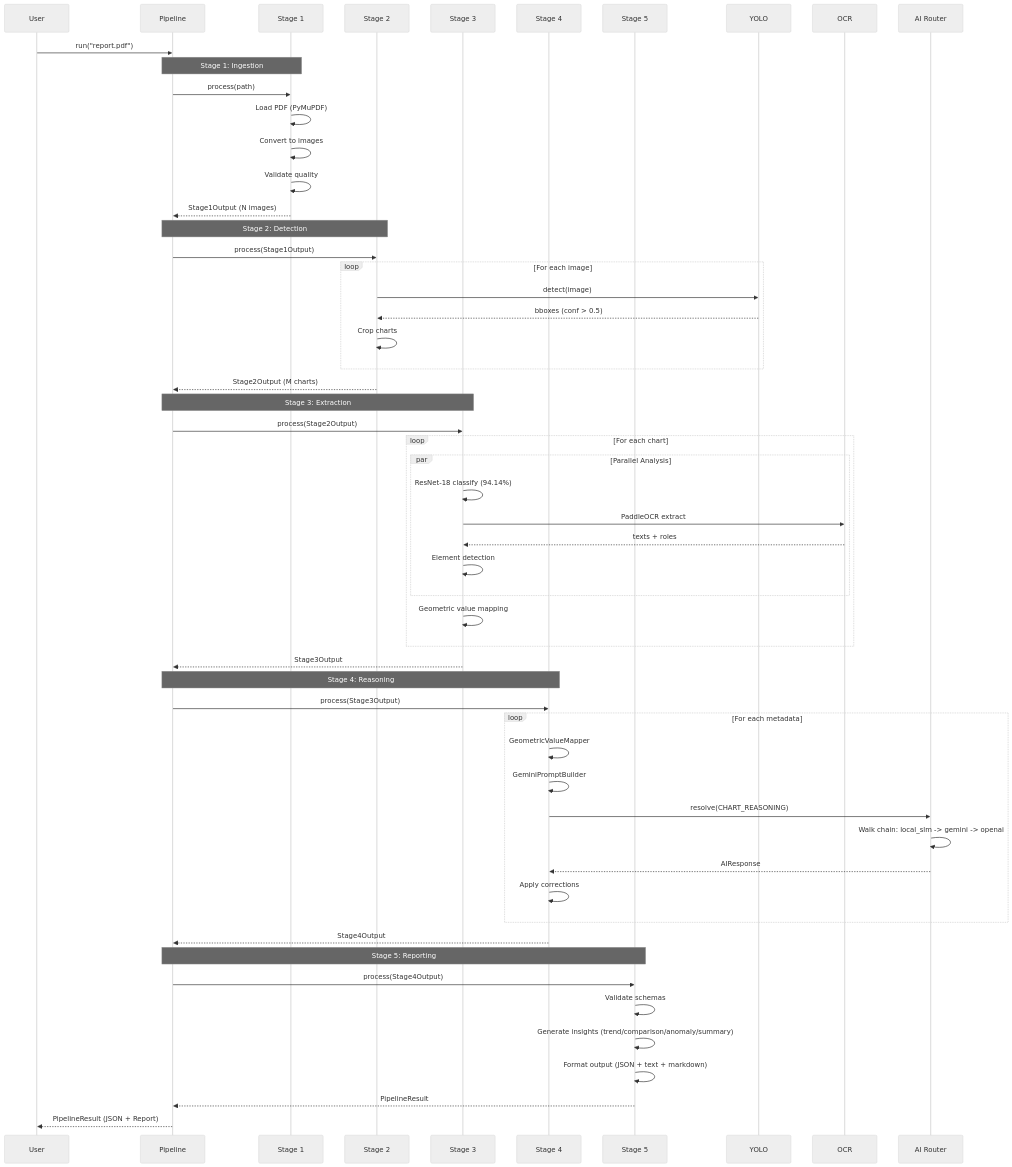
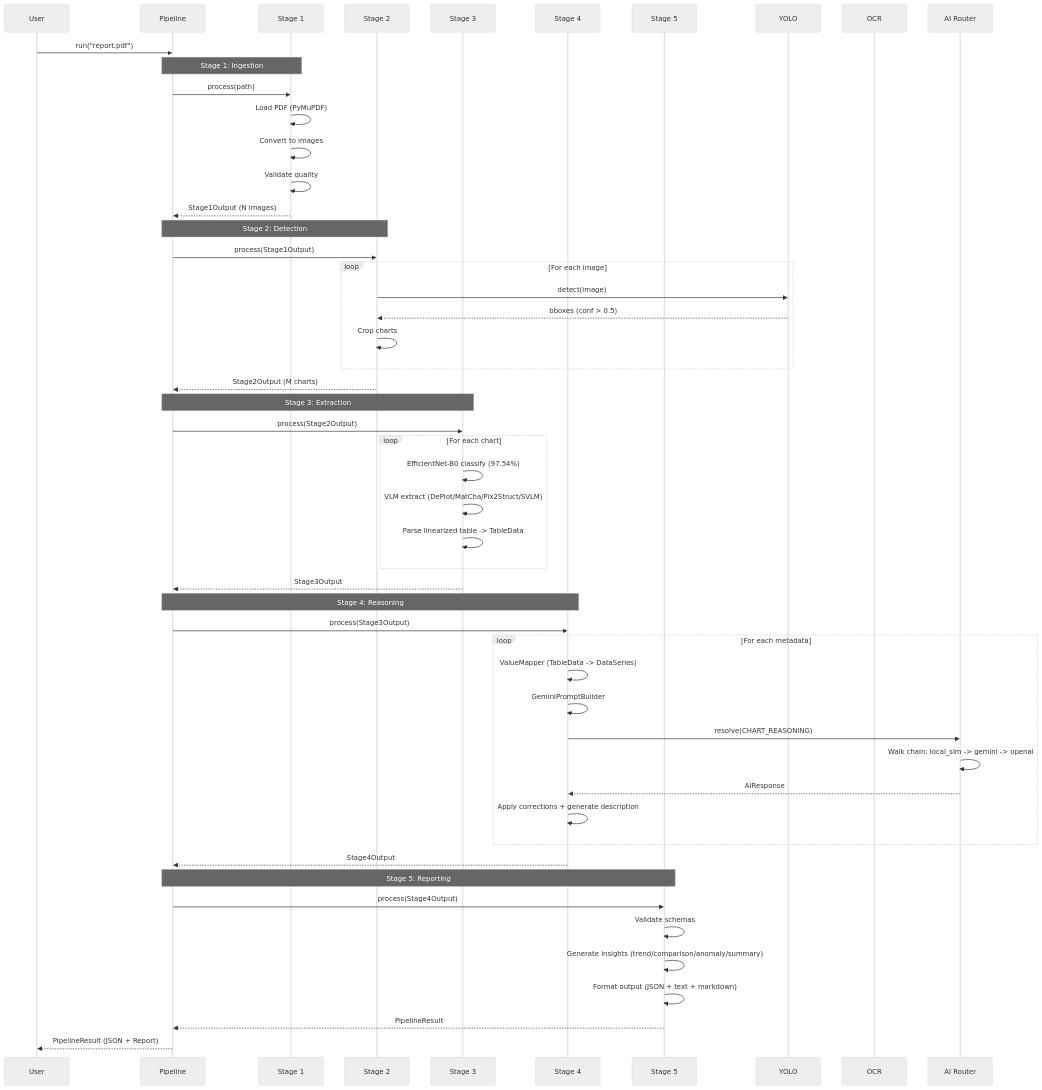
Before and after one commit to thatlq1812/chart_analysis_ai_v3: the ninth of 10 diagrams in docs/architecture/PIPELINE_FLOW.md, drawn with Mermaid (neutral theme). The commit also changed other lines of this file and 50 other files, not shown here.

First line of the commit message:
feat: Add unified benchmark runner and chart extraction backends

````diff
--- a/docs/architecture/PIPELINE_FLOW.md
+++ b/docs/architecture/PIPELINE_FLOW.md
@@ -632,65 +600,61 @@
 ```mermaid
 sequenceDiagram
     participant User
     participant Pipeline
     participant S1 as Stage 1
     participant S2 as Stage 2
     participant S3 as Stage 3
     participant S4 as Stage 4
     participant S5 as Stage 5
     participant YOLO
     participant OCR
     participant Router as AI Router
 
     User->>Pipeline: run("report.pdf")
 
     Note over Pipeline,S1: Stage 1: Ingestion
     Pipeline->>S1: process(path)
     S1->>S1: Load PDF (PyMuPDF)
     S1->>S1: Convert to images
     S1->>S1: Validate quality
     S1-->>Pipeline: Stage1Output (N images)
 
     Note over Pipeline,S2: Stage 2: Detection
     Pipeline->>S2: process(Stage1Output)
     loop For each image
         S2->>YOLO: detect(image)
         YOLO-->>S2: bboxes (conf > 0.5)
         S2->>S2: Crop charts
     end
     S2-->>Pipeline: Stage2Output (M charts)
 
     Note over Pipeline,S3: Stage 3: Extraction
     Pipeline->>S3: process(Stage2Output)
     loop For each chart
-        par Parallel Analysis
-            S3->>S3: ResNet-18 classify (94.14%)
-            S3->>OCR: PaddleOCR extract
-            OCR-->>S3: texts + roles
-            S3->>S3: Element detection
-        end
-        S3->>S3: Geometric value mapping
+        S3->>S3: EfficientNet-B0 classify (97.54%)
+        S3->>S3: VLM extract (DePlot/MatCha/Pix2Struct/SVLM)
+        S3->>S3: Parse linearized table -> TableData
     end
     S3-->>Pipeline: Stage3Output
 
     Note over Pipeline,S4: Stage 4: Reasoning
     Pipeline->>S4: process(Stage3Output)
     loop For each metadata
-        S4->>S4: GeometricValueMapper
+        S4->>S4: ValueMapper (TableData -> DataSeries)
         S4->>S4: GeminiPromptBuilder
         S4->>Router: resolve(CHART_REASONING)
         Router->>Router: Walk chain: local_slm -> gemini -> openai
         Router-->>S4: AIResponse
-        S4->>S4: Apply corrections
+        S4->>S4: Apply corrections + generate description
     end
     S4-->>Pipeline: Stage4Output
 
     Note over Pipeline,S5: Stage 5: Reporting
     Pipeline->>S5: process(Stage4Output)
     S5->>S5: Validate schemas
     S5->>S5: Generate insights (trend/comparison/anomaly/summary)
     S5->>S5: Format output (JSON + text + markdown)
     S5-->>Pipeline: PipelineResult
 
     Pipeline-->>User: PipelineResult (JSON + Report)
 ```
````
